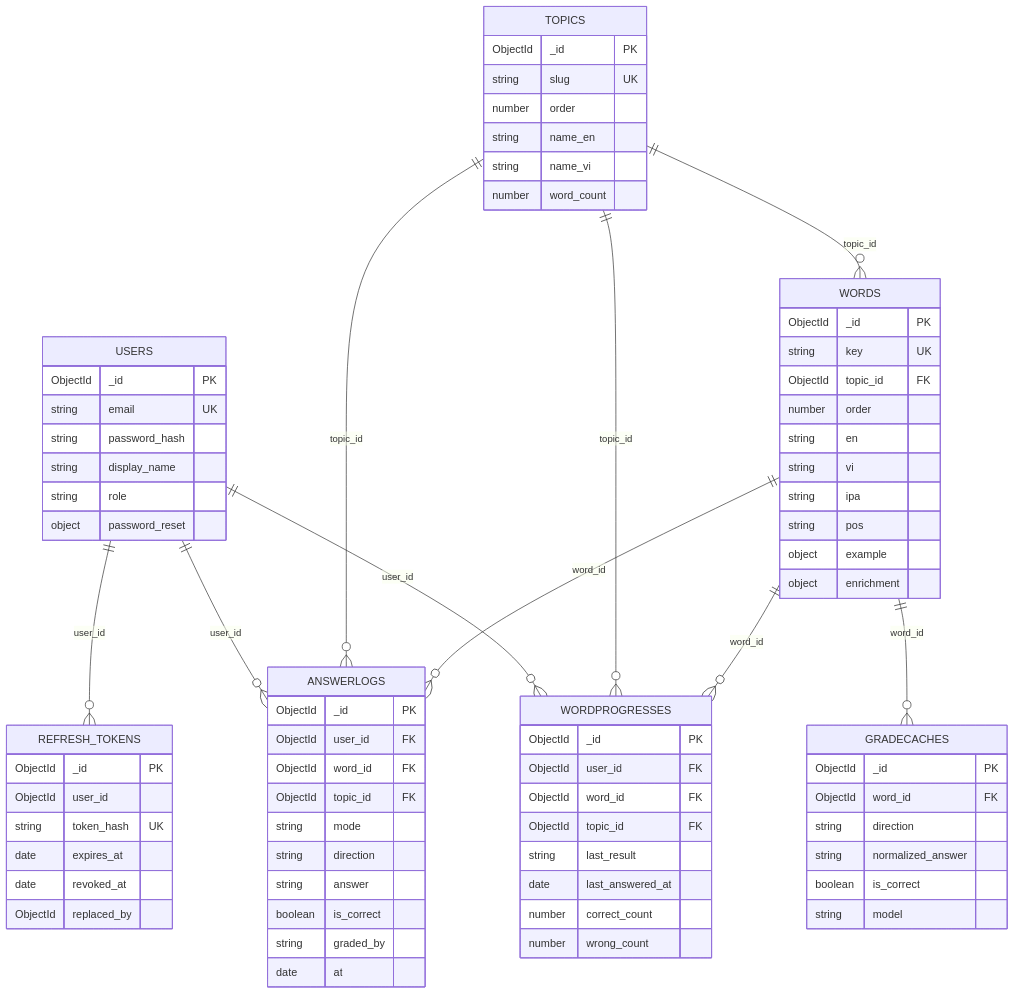
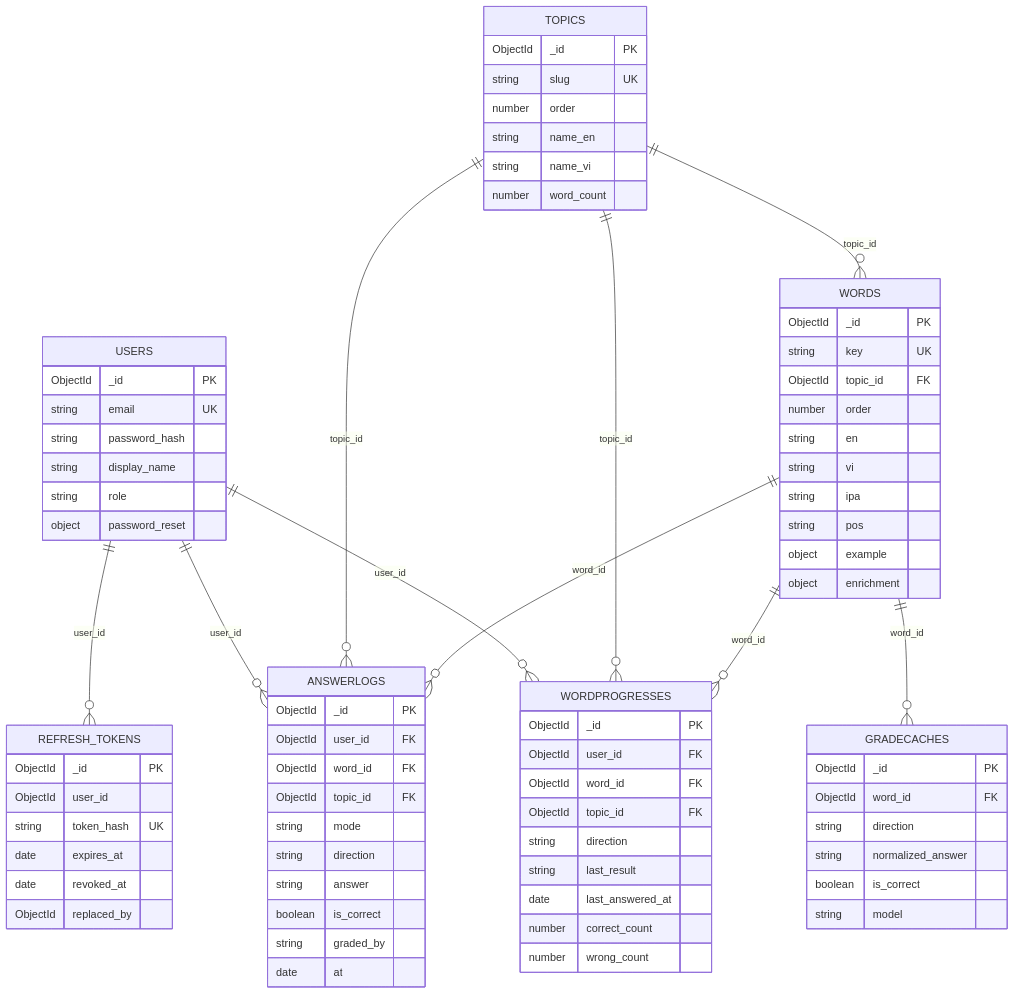
The diagram in docs/superpowers/db-overview.md (Hoaibao2129/english-app-BE), drawn with Mermaid before and after one commit. The commit also changed other lines of this file and 22 other files, not shown here.

````diff
--- a/docs/superpowers/db-overview.md
+++ b/docs/superpowers/db-overview.md
@@ -9,79 +9,80 @@
 ```mermaid
 erDiagram
     USERS ||--o{ REFRESH_TOKENS : "user_id"
     USERS ||--o{ WORDPROGRESSES : "user_id"
     USERS ||--o{ ANSWERLOGS : "user_id"
     TOPICS ||--o{ WORDS : "topic_id"
     TOPICS ||--o{ WORDPROGRESSES : "topic_id"
     TOPICS ||--o{ ANSWERLOGS : "topic_id"
     WORDS ||--o{ WORDPROGRESSES : "word_id"
     WORDS ||--o{ ANSWERLOGS : "word_id"
     WORDS ||--o{ GRADECACHES : "word_id"
 
     USERS {
         ObjectId _id PK
         string email UK
         string password_hash
         string display_name
         string role
         object password_reset
     }
     REFRESH_TOKENS {
         ObjectId _id PK
         ObjectId user_id
         string token_hash UK
         date expires_at
         date revoked_at
         ObjectId replaced_by
     }
     TOPICS {
         ObjectId _id PK
         string slug UK
         number order
         string name_en
         string name_vi
         number word_count
     }
     WORDS {
         ObjectId _id PK
         string key UK
         ObjectId topic_id FK
         number order
         string en
         string vi
         string ipa
         string pos
         object example
         object enrichment
     }
     WORDPROGRESSES {
         ObjectId _id PK
         ObjectId user_id FK
         ObjectId word_id FK
         ObjectId topic_id FK
+        string direction
         string last_result
         date last_answered_at
         number correct_count
         number wrong_count
     }
     ANSWERLOGS {
         ObjectId _id PK
         ObjectId user_id FK
         ObjectId word_id FK
         ObjectId topic_id FK
         string mode
         string direction
         string answer
         boolean is_correct
         string graded_by
         date at
     }
     GRADECACHES {
         ObjectId _id PK
         ObjectId word_id FK
         string direction
         string normalized_answer
         boolean is_correct
         string model
     }
 ```
````
